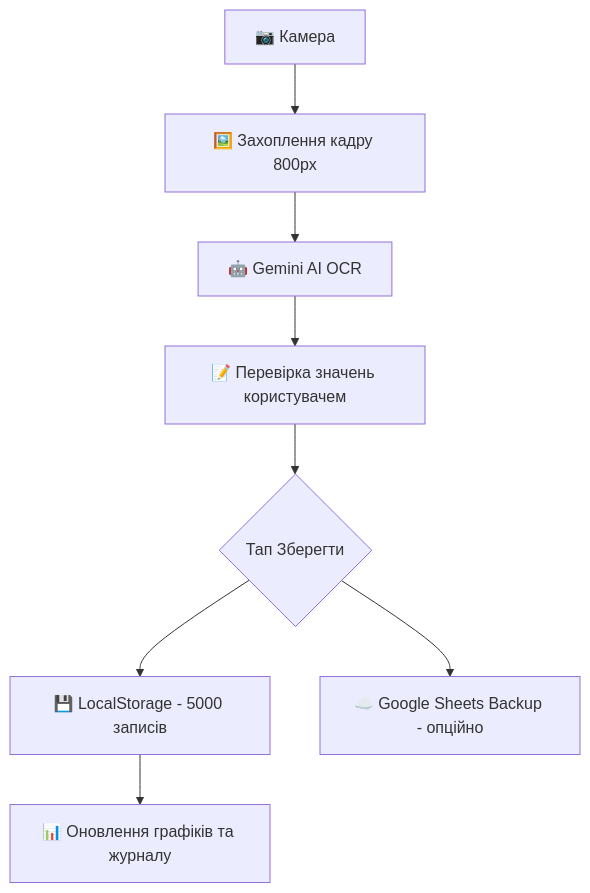
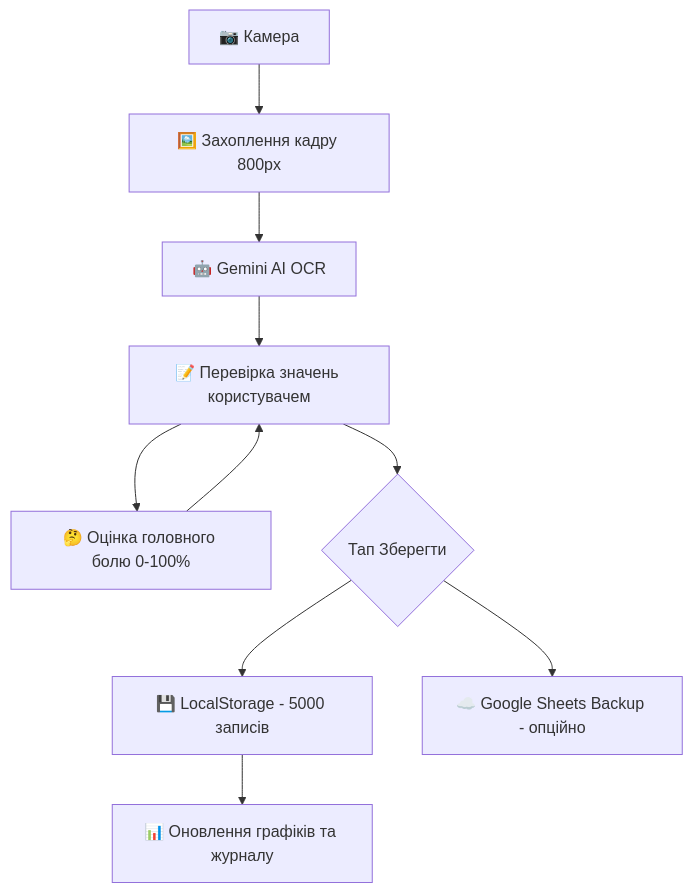
Before and after one commit to Kostyaov/bp-monitor: the diagram in README.md, drawn with Mermaid. The commit also changed other lines of this file and 1 other file, not shown here.

````diff
--- a/README.md
+++ b/README.md
@@ -67,10 +67,12 @@
 ```mermaid
 graph TD
     A[📷 Камера] --> B[🖼️ Захоплення кадру 800px]
     B --> C[🤖 Gemini AI OCR]
     C --> D[📝 Перевірка значень користувачем]
+    D --> I[🤔 Оцінка головного болю 0-100%]
+    I --> D
     D --> E{Тап Зберегти}
     E --> F[💾 LocalStorage - 5000 записів]
     E --> G[☁️ Google Sheets Backup - опційно]
     F --> H[📊 Оновлення графіків та журналу]
 ```
````
